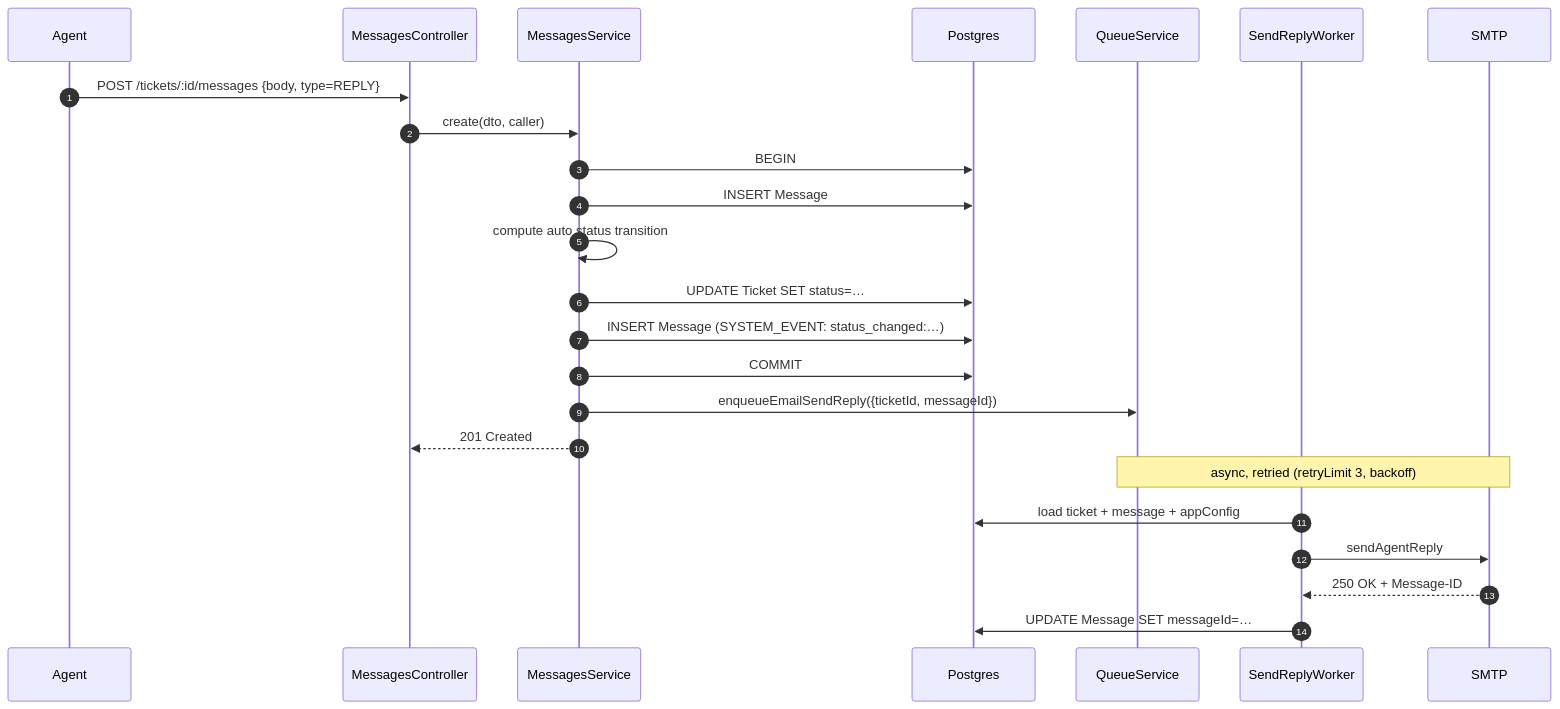
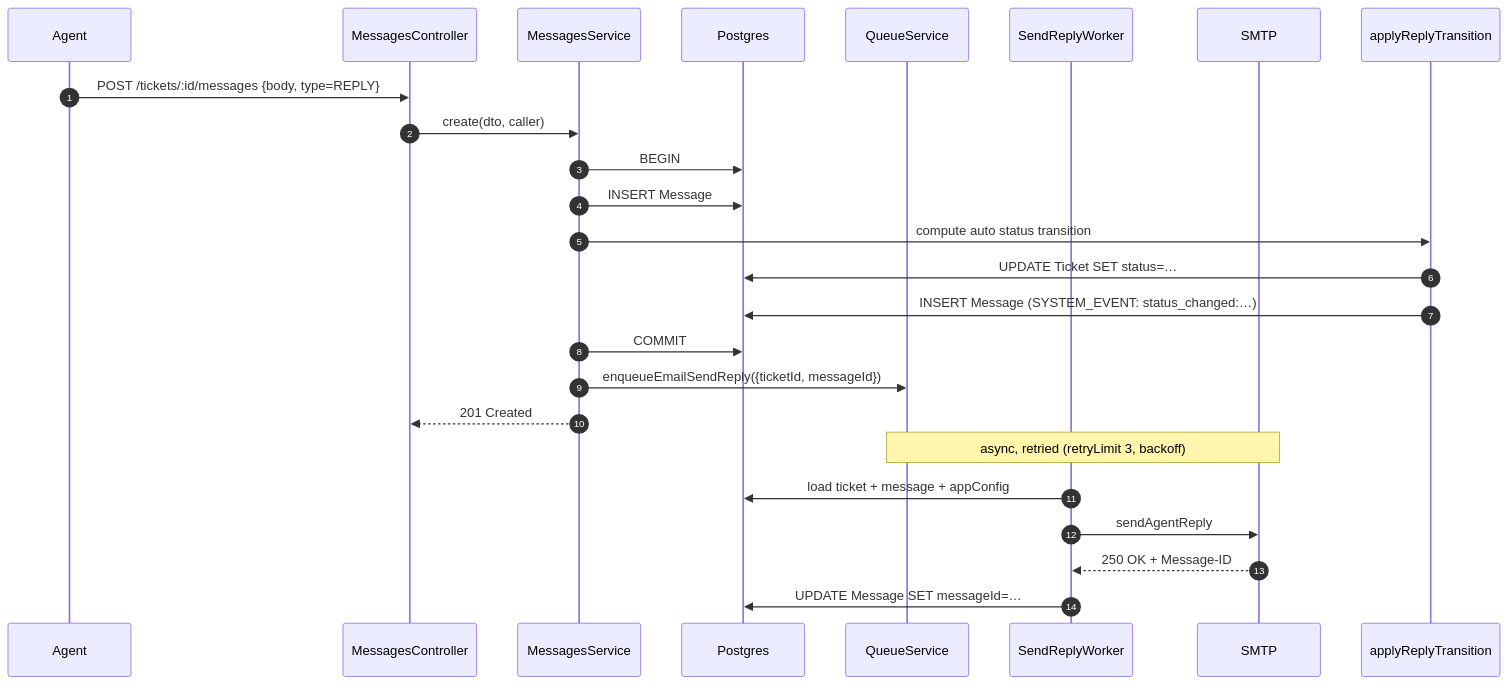
One commit to Vignesh-Siva96/tmr_athena changed the first of 2 diagrams in docs/atlas/messages.md. Above: the diagram before and after it, drawn with Mermaid. The commit also changed other lines of this file and 210 other files, not shown here.

````diff
--- a/docs/atlas/messages.md
+++ b/docs/atlas/messages.md
@@ -33,27 +34,27 @@
 ```mermaid
 sequenceDiagram
   autonumber
   participant Agent
   participant API as MessagesController
   participant Svc as MessagesService
   participant DB as Postgres
   participant Q as QueueService
   participant Worker as SendReplyWorker
   participant SMTP
 
   Agent->>API: POST /tickets/:id/messages {body, type=REPLY}
   API->>Svc: create(dto, caller)
   Svc->>DB: BEGIN
   Svc->>DB: INSERT Message
-  Svc->>Svc: compute auto status transition
-  Svc->>DB: UPDATE Ticket SET status=…
-  Svc->>DB: INSERT Message (SYSTEM_EVENT: status_changed:…)
+  Svc->>applyReplyTransition: compute auto status transition
+  applyReplyTransition->>DB: UPDATE Ticket SET status=…
+  applyReplyTransition->>DB: INSERT Message (SYSTEM_EVENT: status_changed:…)
   Svc->>DB: COMMIT
   Svc->>Q: enqueueEmailSendReply({ticketId, messageId})
   Svc-->>API: 201 Created
   note over Q,SMTP: async, retried (retryLimit 3, backoff)
   Worker->>DB: load ticket + message + appConfig
   Worker->>SMTP: sendAgentReply
   SMTP-->>Worker: 250 OK + Message-ID
   Worker->>DB: UPDATE Message SET messageId=…
 ```
````
